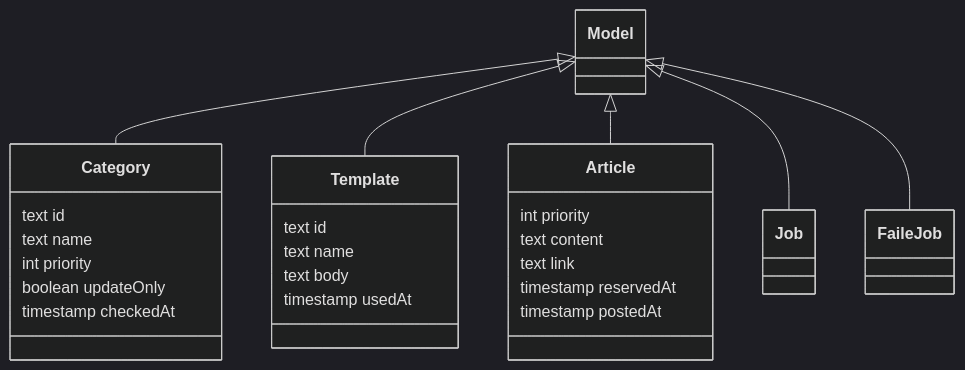
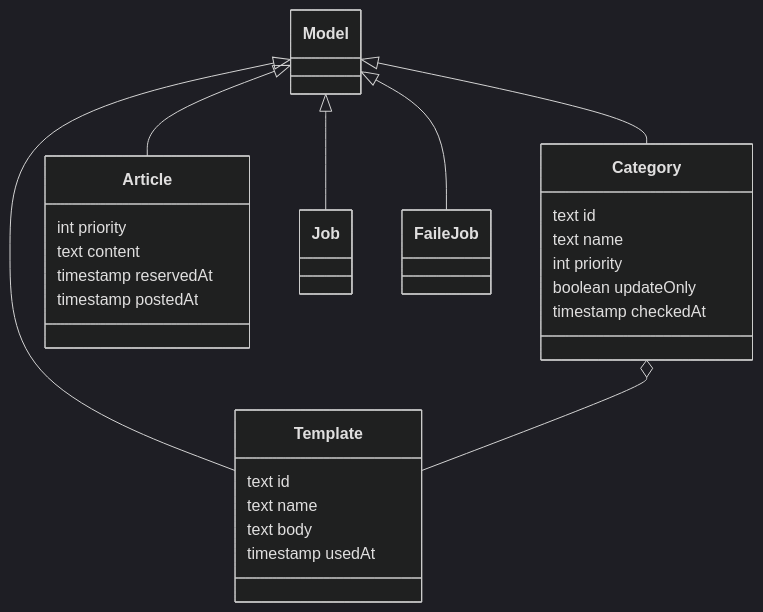
Before and after one commit to MichinobuMaeda/squirrelwheel: the second of 8 diagrams in README.md, drawn with Mermaid (dark theme). The commit also changed other lines of this file, not shown here.

````diff
--- a/README.md
+++ b/README.md
@@ -91,28 +102,28 @@
 ```mermaid
 classDiagram
 class Category {
     text id
     text name
     int priority
     boolean updateOnly
     timestamp checkedAt
 }
 class Template {
     text id
     text name
     text body
     timestamp usedAt
 }
 class Article {
     int priority
     text content
-    text link
     timestamp reservedAt
     timestamp postedAt
 }
 Model <|-- Category
 Model <|-- Template
 Model <|-- Article
 Model <|-- Job
 Model <|-- FaileJob
+Category o-- Template
 ```
````
